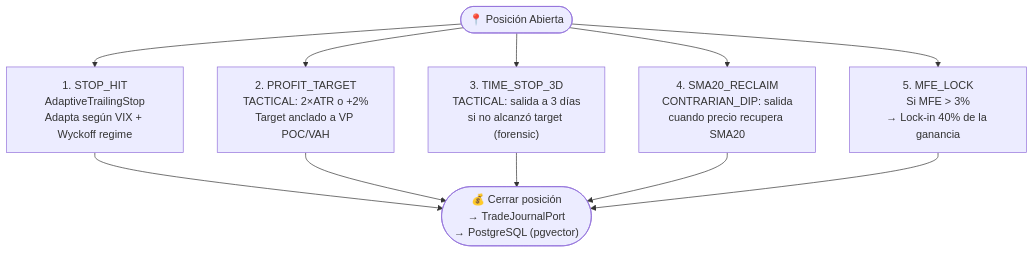
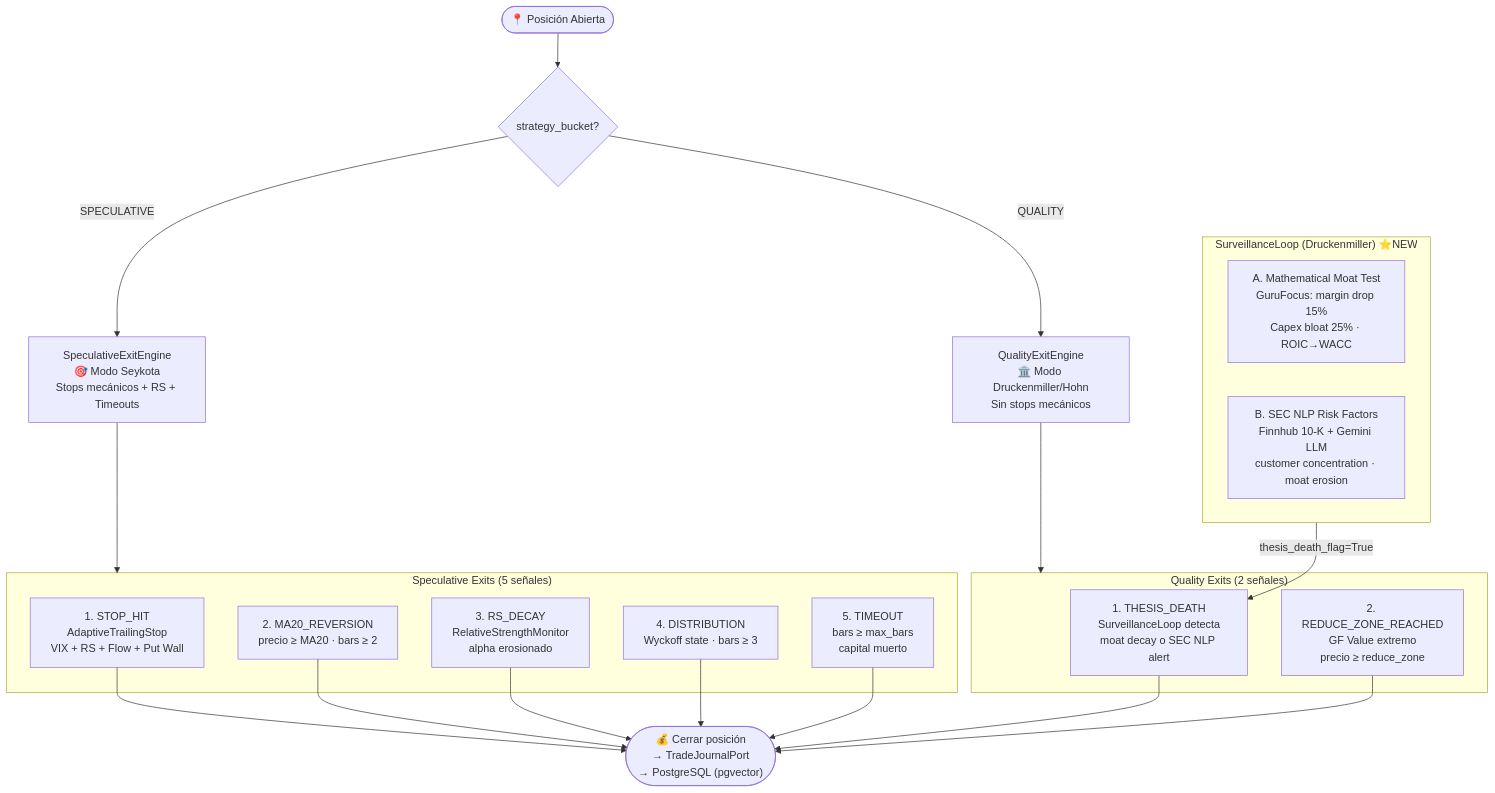
One commit to Charlie7532/botero-trade-engine changed the eighth of 12 diagrams in docs/architecture-diagram.md. Above: the diagram before and after it, drawn with Mermaid. The commit also changed other lines of this file and 13 other files, not shown here.

Commit message:
refactor: decouple surveillance from orchestrator and split trade journal into departmental schema with instrument blacklisting

````diff
--- a/docs/architecture-diagram.md
+++ b/docs/architecture-diagram.md
@@ -423,22 +444,40 @@
 ```mermaid
 flowchart TD
     POS(["📍 Posición Abierta"])
+    DEPT{"strategy_bucket?"}
 
-    E1["1. STOP_HIT<br/>AdaptiveTrailingStop<br/>Adapta según VIX + Wyckoff regime"]
-    E2["2. PROFIT_TARGET<br/>TACTICAL: 2×ATR o +2%<br/>Target anclado a VP POC/VAH"]
-    E3["3. TIME_STOP_3D<br/>TACTICAL: salida a 3 días<br/>si no alcanzó target (forensic)"]
-    E4["4. SMA20_RECLAIM<br/>CONTRARIAN_DIP: salida<br/>cuando precio recupera SMA20"]
-    E5["5. MFE_LOCK<br/>Si MFE > 3%<br/>→ Lock-in 40% de la ganancia"]
+    POS --> DEPT
 
-    POS --> E1
-    POS --> E2
-    POS --> E3
-    POS --> E4
-    POS --> E5
+    DEPT -->|"SPECULATIVE"| SPEC["SpeculativeExitEngine<br/>🎯 Modo Seykota<br/>Stops mecánicos + RS + Timeouts"]
+    DEPT -->|"QUALITY"| QUAL["QualityExitEngine<br/>🏛️ Modo Druckenmiller/Hohn<br/>Sin stops mecánicos"]
 
-    E1 --> CLOSE(["💰 Cerrar posición<br/>→ TradeJournalPort<br/>→ PostgreSQL (pgvector)"])
-    E2 --> CLOSE
-    E3 --> CLOSE
-    E4 --> CLOSE
-    E5 --> CLOSE
+    subgraph SPEC_EXITS["Speculative Exits (5 señales)"]
+        SE1["1. STOP_HIT<br/>AdaptiveTrailingStop<br/>VIX + RS + Flow + Put Wall"]
+        SE2["2. MA20_REVERSION<br/>precio ≥ MA20 · bars ≥ 2"]
+        SE3["3. RS_DECAY<br/>RelativeStrengthMonitor<br/>alpha erosionado"]
+        SE4["4. DISTRIBUTION<br/>Wyckoff state · bars ≥ 3"]
+        SE5["5. TIMEOUT<br/>bars ≥ max_bars<br/>capital muerto"]
+    end
+
+    subgraph QUAL_EXITS["Quality Exits (2 señales)"]
+        QE1["1. THESIS_DEATH<br/>SurveillanceLoop detecta<br/>moat decay o SEC NLP alert"]
+        QE2["2. REDUCE_ZONE_REACHED<br/>GF Value extremo<br/>precio ≥ reduce_zone"]
+    end
+
+    subgraph SURV["SurveillanceLoop (Druckenmiller) ⭐NEW"]
+        SV1["A. Mathematical Moat Test<br/>GuruFocus: margin drop 15%<br/>Capex bloat 25% · ROIC→WACC"]
+        SV2["B. SEC NLP Risk Factors<br/>Finnhub 10-K + Gemini LLM<br/>customer concentration · moat erosion"]
+    end
+
+    SPEC --> SPEC_EXITS
+    QUAL --> QUAL_EXITS
+    SURV -->|"thesis_death_flag=True"| QE1
+
+    SE1 --> CLOSE(["💰 Cerrar posición<br/>→ TradeJournalPort<br/>→ PostgreSQL (pgvector)"])
+    SE2 --> CLOSE
+    SE3 --> CLOSE
+    SE4 --> CLOSE
+    SE5 --> CLOSE
+    QE1 --> CLOSE
+    QE2 --> CLOSE
 ```
````
